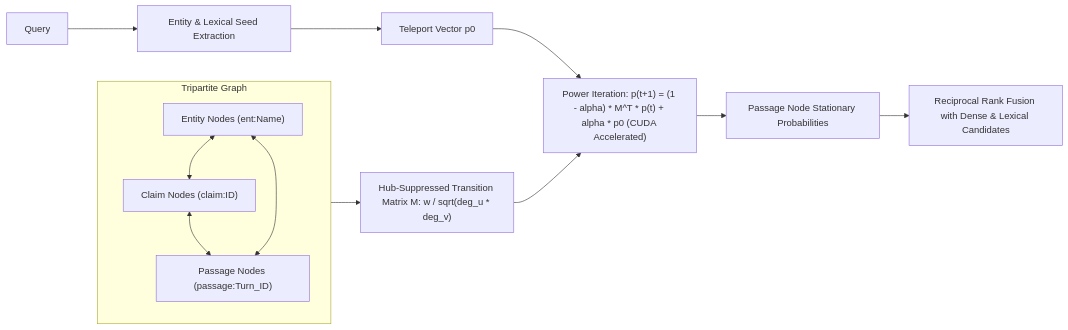
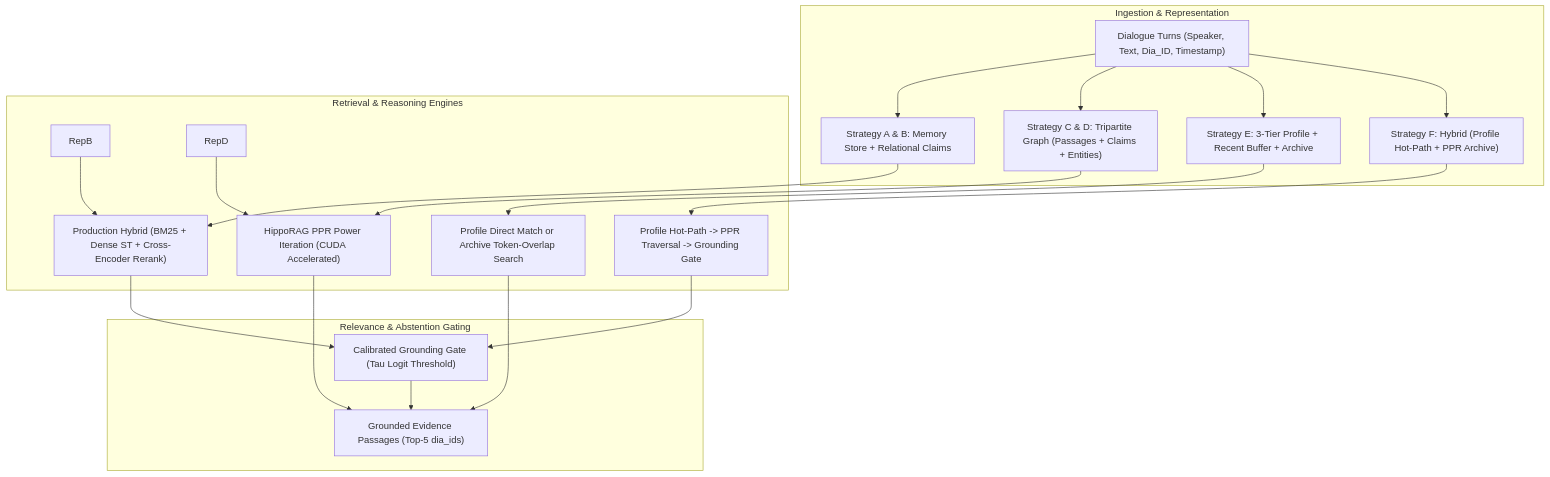
The diagram in docs/research-memory-strategies.md (AdityaP700/ChunkdUp), drawn with Mermaid before and after one commit. The commit also changed other lines of this file and 9 other files, not shown here.

````diff
--- a/docs/research-memory-strategies.md
+++ b/docs/research-memory-strategies.md
@@ -36,16 +26,27 @@
 ```mermaid
-flowchart LR
-    subgraph GraphNetwork ["Tripartite Graph"]
-        E["Entity Nodes (ent:Name)"] <--> C["Claim Nodes (claim:ID)"]
-        C <--> P["Passage Nodes (passage:Turn_ID)"]
-        E <--> P
+flowchart TD
+    subgraph Ingestion ["Ingestion & Representation"]
+        T["Dialogue Turns (Speaker, Text, Dia_ID, Timestamp)"]
+        T --> RepA["Strategy A & B: Memory Store + Relational Claims"]
+        T --> RepC["Strategy C & D: Tripartite Graph (Passages + Claims + Entities)"]
+        T --> RepE["Strategy E: 3-Tier Profile + Recent Buffer + Archive"]
+        T --> RepF["Strategy F: Hybrid (Profile Hot-Path + PPR Archive)"]
     end
 
-    Query["Query"] --> Seeds["Entity & Lexical Seed Extraction"]
-    Seeds --> Teleport["Teleport Vector p0"]
-    Teleport --> PowerIter["Power Iteration: p(t+1) = (1 - alpha) * M^T * p(t) + alpha * p0 (CUDA Accelerated)"]
-    GraphNetwork --> Norm["Hub-Suppressed Transition Matrix M: w / sqrt(deg_u * deg_v)"]
-    Norm --> PowerIter
-    PowerIter --> StatDist["Passage Node Stationary Probabilities"]
-    StatDist --> RRF["Reciprocal Rank Fusion with Dense & Lexical Candidates"]
+    subgraph RetrievalEngines ["Retrieval & Reasoning Engines"]
+        RepA --> RetA["Production Hybrid (BM25 + Dense ST + Cross-Encoder Rerank)"]
+        RepB --> RetA
+        RepC --> RetC["HippoRAG PPR Power Iteration (CUDA Accelerated)"]
+        RepD --> RetC
+        RepE --> RetE["Profile Direct Match or Archive Token-Overlap Search"]
+        RepF --> RetF["Profile Hot-Path -> PPR Traversal -> Grounding Gate"]
+    end
+
+    subgraph OutputGating ["Relevance & Abstention Gating"]
+        RetA --> Gate["Calibrated Grounding Gate (Tau Logit Threshold)"]
+        RetF --> Gate
+        Gate --> Out["Grounded Evidence Passages (Top-5 dia_ids)"]
+        RetC --> Out
+        RetE --> Out
+    end
 ```
````
